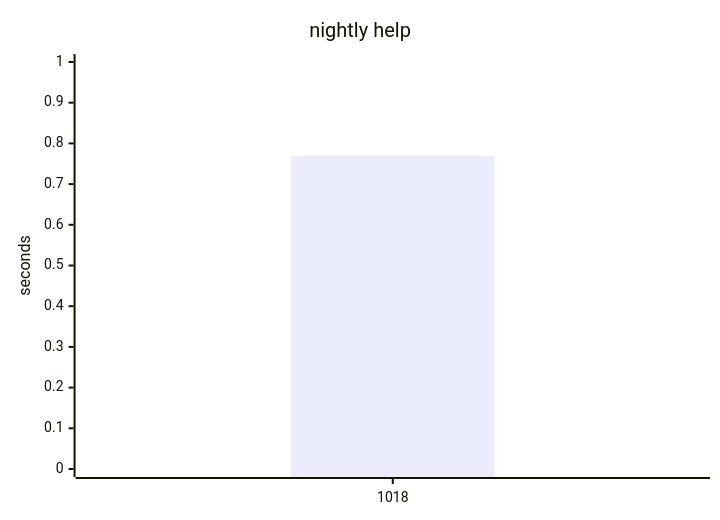
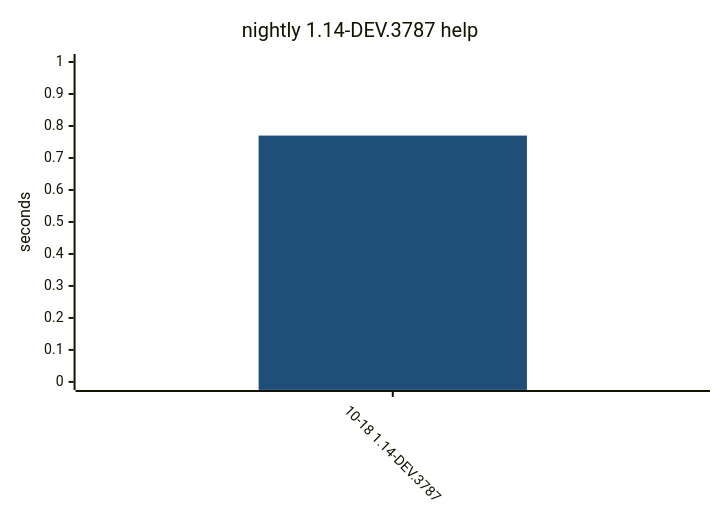
Before and after one commit to yamanori99/DistSSHQueue.jl: diagram 11 of 15 in README.md, drawn with Mermaid. The commit also changed other lines of this file and 1 other file, not shown here.

Commit message:
Record compile bench for 1.14-nightly.

````diff
--- a/README.md
+++ b/README.md
@@ -276,7 +376,17 @@
 ```mermaid
+---
+config:
+  theme: base
+  themeVariables:
+    xyChart:
+      plotColorPalette: "#1f4e79"
+  xyChart:
+    xAxis:
+      labelRotation: 45
+---
 xychart-beta
-    title "nightly help"
-    x-axis ["1018"]
+    title "nightly 1.14-DEV.3787 help"
+    x-axis ["10-18 1.14-DEV.3787"]
     y-axis "seconds" 0 --> 1
     bar [0.77]
 ```
````
